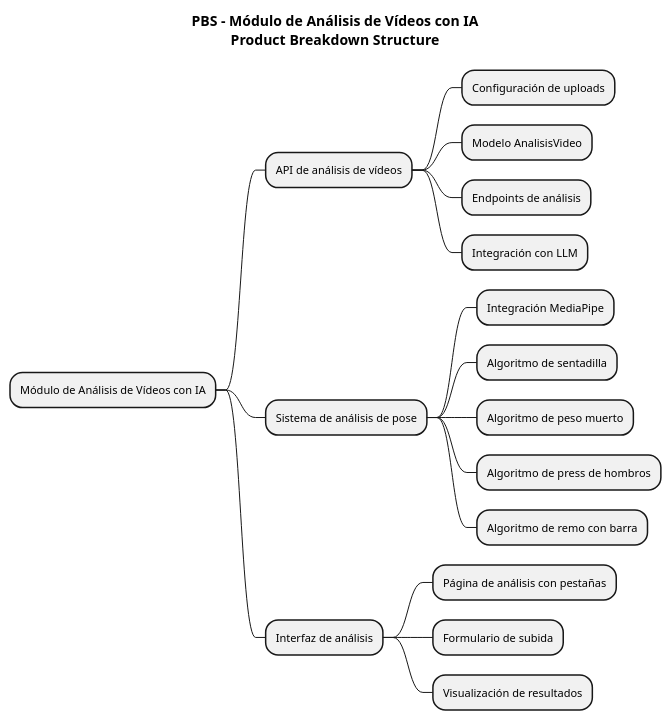
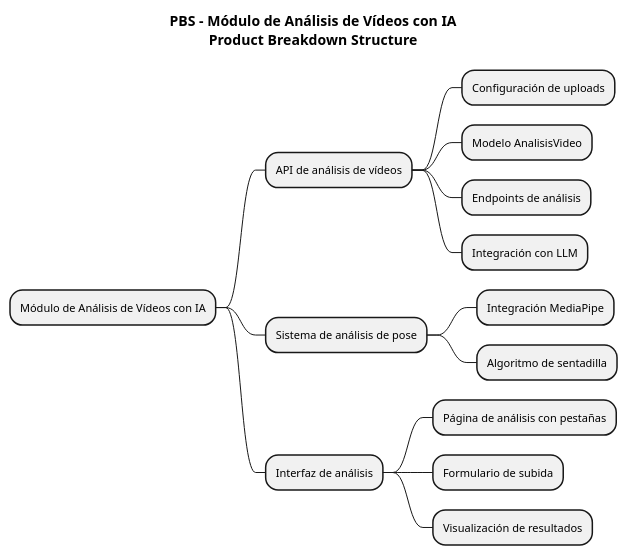
The diagram in docs/pbs/diagrama-pbs-modulo-analisis-videos.puml (enolRodriguezHevia/tfg-wodbuster-ai), drawn with PlantUML before and after one commit. The commit also changed 43 other files, not shown here.

```diff
--- a/docs/pbs/diagrama-pbs-modulo-analisis-videos.puml
+++ b/docs/pbs/diagrama-pbs-modulo-analisis-videos.puml
@@ -1,34 +1,31 @@
 @startmindmap
 
 skinparam backgroundColor #FFFFFF
 skinparam shadowing false
 skinparam defaultFontSize 11
 skinparam mindmapDiagram {
   node {
     BackgroundColor lightGray
   }
   rootNode {
     BackgroundColor white
   }
 }
 
 title PBS - Módulo de Análisis de Vídeos con IA\nProduct Breakdown Structure
 
 * Módulo de Análisis de Vídeos con IA
 ** API de análisis de vídeos
 *** Configuración de uploads
 *** Modelo AnalisisVideo
 *** Endpoints de análisis
 *** Integración con LLM
 ** Sistema de análisis de pose
 *** Integración MediaPipe
 *** Algoritmo de sentadilla
-*** Algoritmo de peso muerto
-*** Algoritmo de press de hombros
-*** Algoritmo de remo con barra
 ** Interfaz de análisis
 *** Página de análisis con pestañas
 *** Formulario de subida
 *** Visualización de resultados
 
 @endmindmap
```
